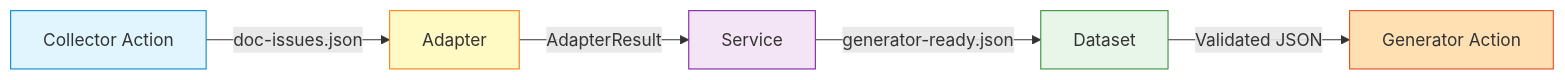
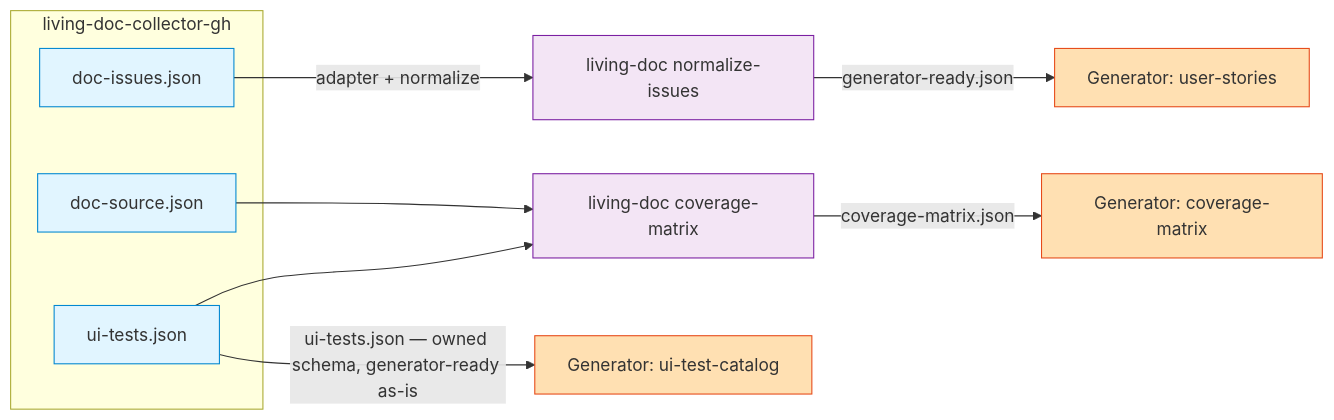
The first of 11 diagrams in docs/architecture.md (AbsaOSS/living-doc-toolkit), drawn with Mermaid before and after one commit. The commit also changed other lines of this file and 1 other file, not shown here.

Commit message:
#76: Settle the toolkit-produced input story for all three document-types
Add an authoritative "Generator Inputs by document-type" section to
docs/contracts.md stating the exact artifact + schema each generator reads:

- user-stories    -> generator-ready.json (generator-ready-v1.0.0)
- ui-test-catalog -> ui-tests.json (ui-tests-v1.0.0), option (a): generator-ready
  as-is, no normalize-test-catalog pass; rationale recorded (flat owned-schema
  catalog, no synonym normalization, a copy-only pass is ceremony).
- coverage-matrix -> coverage-matrix.json (coverage-matrix-v1.0.0), already
  toolkit-produced; meta.audit envelope deferred as a purely-additive change,
  rationale + follow-up recorded.

Redraw the architecture.md high-level pipeline so every document-type shows its
real decided path and no raw collector->generator edge is implied.

````diff
--- a/docs/architecture.md
+++ b/docs/architecture.md
@@ -36,13 +36,26 @@
 ```mermaid
 graph LR
-    A[Collector Action] -->|doc-issues.json| B[Adapter]
-    B -->|AdapterResult| C[Service]
-    C -->|generator-ready.json| D[Dataset]
-    D -->|Validated JSON| E[Generator Action]
-    
-    style A fill:#e1f5ff,stroke:#0288d1
-    style B fill:#fff9c4,stroke:#f57f17
-    style C fill:#f3e5f5,stroke:#7b1fa2
-    style D fill:#e8f5e9,stroke:#388e3c
-    style E fill:#ffe0b2,stroke:#e64a19
+    subgraph Collector["living-doc-collector-gh"]
+        DI[doc-issues.json]
+        DS[doc-source.json]
+        UT[ui-tests.json]
+    end
+
+    DI -->|adapter + normalize| NI[living-doc normalize-issues]
+    NI -->|generator-ready.json| G1[Generator: user-stories]
+
+    DS --> CM[living-doc coverage-matrix]
+    UT --> CM
+    CM -->|coverage-matrix.json| G2[Generator: coverage-matrix]
+
+    UT -->|ui-tests.json — owned schema, generator-ready as-is| G3[Generator: ui-test-catalog]
+
+    style DI fill:#e1f5ff,stroke:#0288d1
+    style DS fill:#e1f5ff,stroke:#0288d1
+    style UT fill:#e1f5ff,stroke:#0288d1
+    style NI fill:#f3e5f5,stroke:#7b1fa2
+    style CM fill:#f3e5f5,stroke:#7b1fa2
+    style G1 fill:#ffe0b2,stroke:#e64a19
+    style G2 fill:#ffe0b2,stroke:#e64a19
+    style G3 fill:#ffe0b2,stroke:#e64a19
 ```
````
